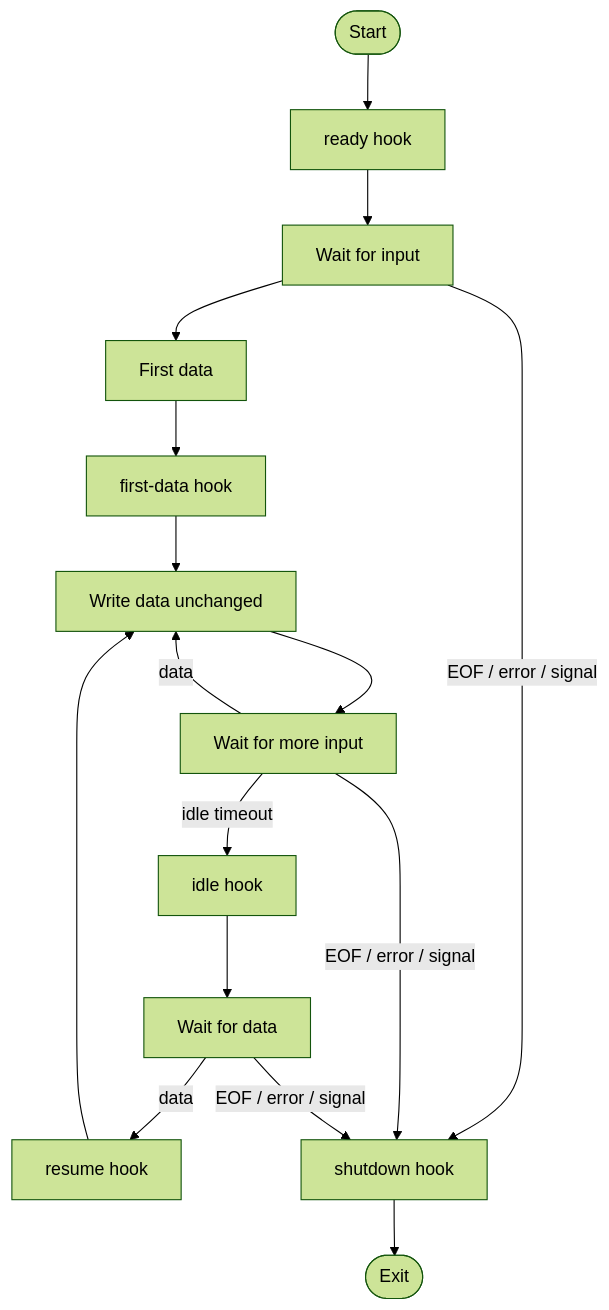
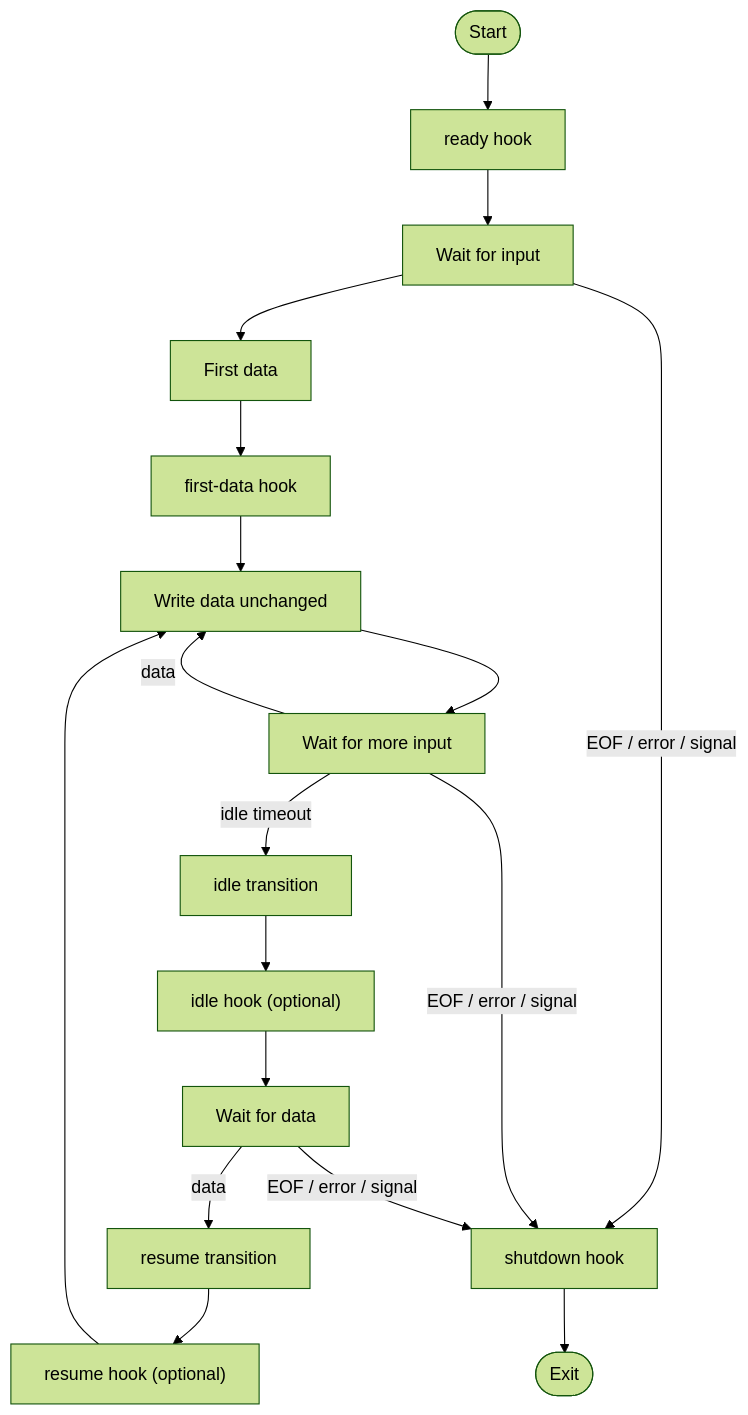
The second of 2 diagrams in README.md (zaubermaerchen/pipewisp), drawn with Mermaid (forest theme) before and after one commit. The commit also changed other lines of this file and 3 other files, not shown here.

````diff
--- a/README.md
+++ b/README.md
@@ -79,21 +79,23 @@
 ```mermaid
 flowchart TD
     start([Start]) --> ready["ready hook"]
     ready --> input["Wait for input"]
 
     input --> first["First data"]
     first --> firsthook["first-data hook"]
     firsthook --> pass["Write data unchanged"]
 
     pass --> wait["Wait for more input"]
     wait -->|data| pass
-    wait -->|idle timeout| idle["idle hook"]
-    idle --> resume["Wait for data"]
-    resume -->|data| resumehook["resume hook"]
+    wait -->|idle timeout| idle["idle transition"]
+    idle --> idlehook["idle hook (optional)"]
+    idlehook --> idlewait["Wait for data"]
+    idlewait -->|data| resume["resume transition"]
+    resume --> resumehook["resume hook (optional)"]
     resumehook --> pass
 
     input -->|EOF / error / signal| shutdown["shutdown hook"]
     wait -->|EOF / error / signal| shutdown
-    resume -->|EOF / error / signal| shutdown
+    idlewait -->|EOF / error / signal| shutdown
     shutdown --> done([Exit])
 ```
````
